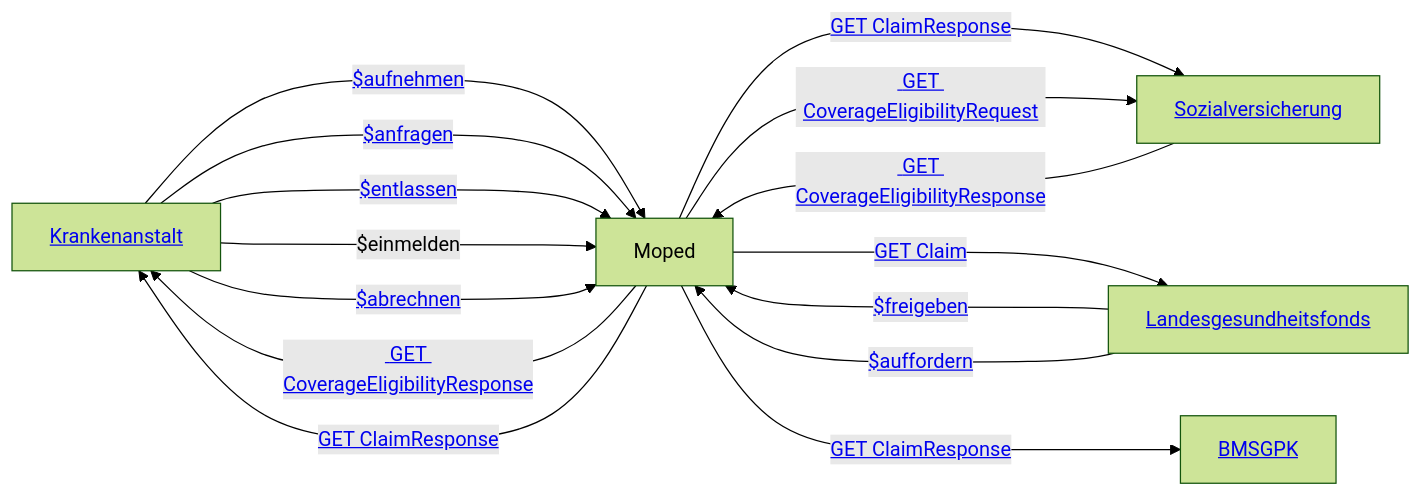
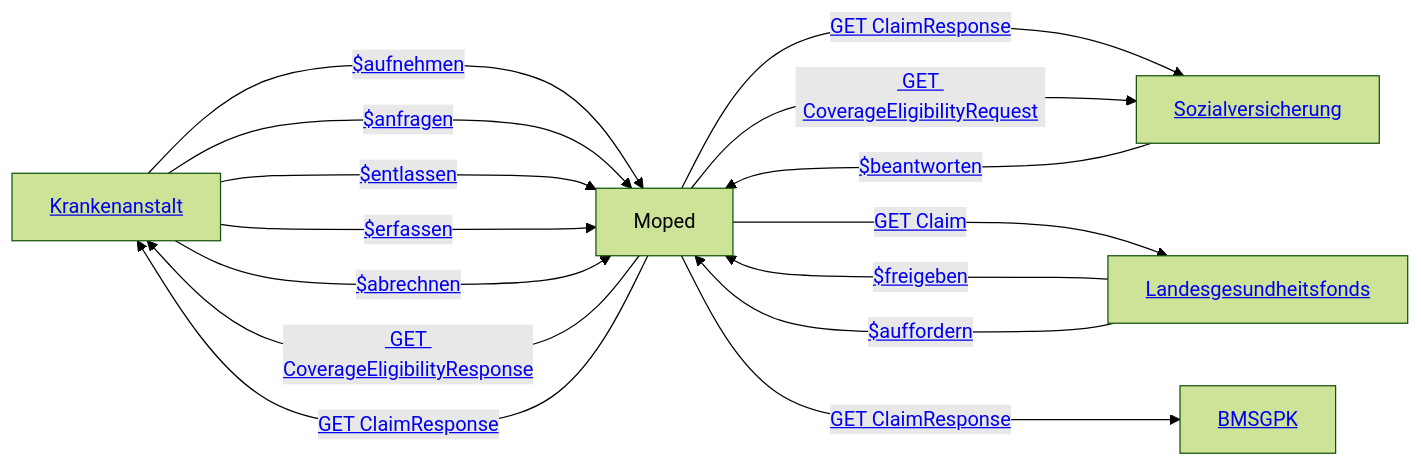
One commit to HL7Austria/ELGA-MOPED-R5 changed the first of 5 diagrams in input/pagecontent/actors.md. Above: the diagram before and after it, drawn with Mermaid (forest theme). The commit also changed other lines of this file and 1 other file, not shown here.

Commit message:
#187 add beantworten

```diff
--- a/input/pagecontent/actors.md
+++ b/input/pagecontent/actors.md
@@ -7,26 +7,26 @@
-<div class="mermaid">
+<pre class="mermaid">
     graph LR
     KH[<a href="#actor-KH">Krankenanstalt</a>]
     SV[<a href="#actor-SV">Sozialversicherung</a>]
     BMSGPK[<a href="#actor-BMSGPK">BMSGPK</a>]
     LGF[<a href="#actor-LGF">Landesgesundheitsfonds</a>]
     Moped[Moped] 
 
     KH --->|<a href="OperationDefinition-MOPED.Patient.Aufnehmen.html"> $aufnehmen</a>| Moped 
     KH -->|<a href="OperationDefinition-MOPED.CoverageEligibilityRequest.Anfragen.html"> $anfragen</a>| Moped
-    KH -->|<a href="OperationDefinition-MOPED.Encounter.erfassen.html"> $entlassen</a>| Moped 
-    KH -->|$einmelden| Moped
+    KH -->|<a href="OperationDefinition-MOPED.Patient.Entlassen.html"> $entlassen</a>| Moped 
+    KH -->|<a href="OperationDefinition-MOPED.Encounter.erfassen.html">$erfassen</a>| Moped
     KH -->|<a href="OperationDefinition-MOPED.Encounter.Abrechnen.html"> $abrechnen</a>| Moped
     Moped -->|<a href="StructureDefinition-MOPEDCoverageEligibilityResponse.html"> GET CoverageEligibilityResponse</a>| KH
     Moped --->|<a href="StructureDefinition-MOPEDClaimResponse.html"> GET ClaimResponse</a>| KH
 
     Moped --->|<a href="StructureDefinition-MOPEDClaimResponse.html"> GET ClaimResponse</a>| SV
     Moped --->|<a href="StructureDefinition-MOPEDCoverageEligibilityRequest.html"> GET CoverageEligibilityRequest</a>| SV
-    SV --->|<a href="StructureDefinition-MOPEDCoverageEligibilityResponse.html"> GET CoverageEligibilityResponse</a>| Moped
+    SV --->|<a href="OperationDefinition-MOPED.CoverageEligibilityResponse.Beantworten.html"> $beantworten</a>| Moped
 
     Moped --->|<a href="StructureDefinition-MOPEDClaim.html"> GET Claim</a>| LGF
     LGF --->|<a href="OperationDefinition-MOPED.ClaimResponse.Freigeben.html"> $freigeben</a>| Moped
     LGF --->|<a href="OperationDefinition-MOPED.ClaimResponse.Auffordern.html"> $auffordern</a>| Moped
 
     Moped --->|<a href="StructureDefinition-MOPEDClaimResponse.html"> GET ClaimResponse</a>| BMSGPK 
-</div>  
+</pre>  
```
